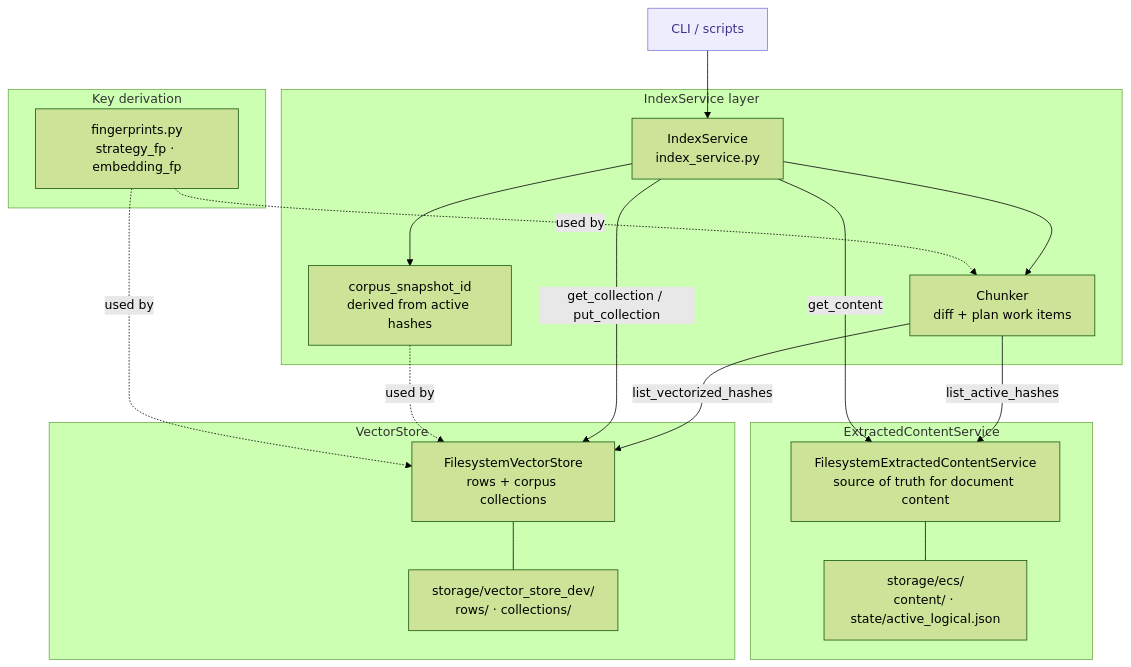
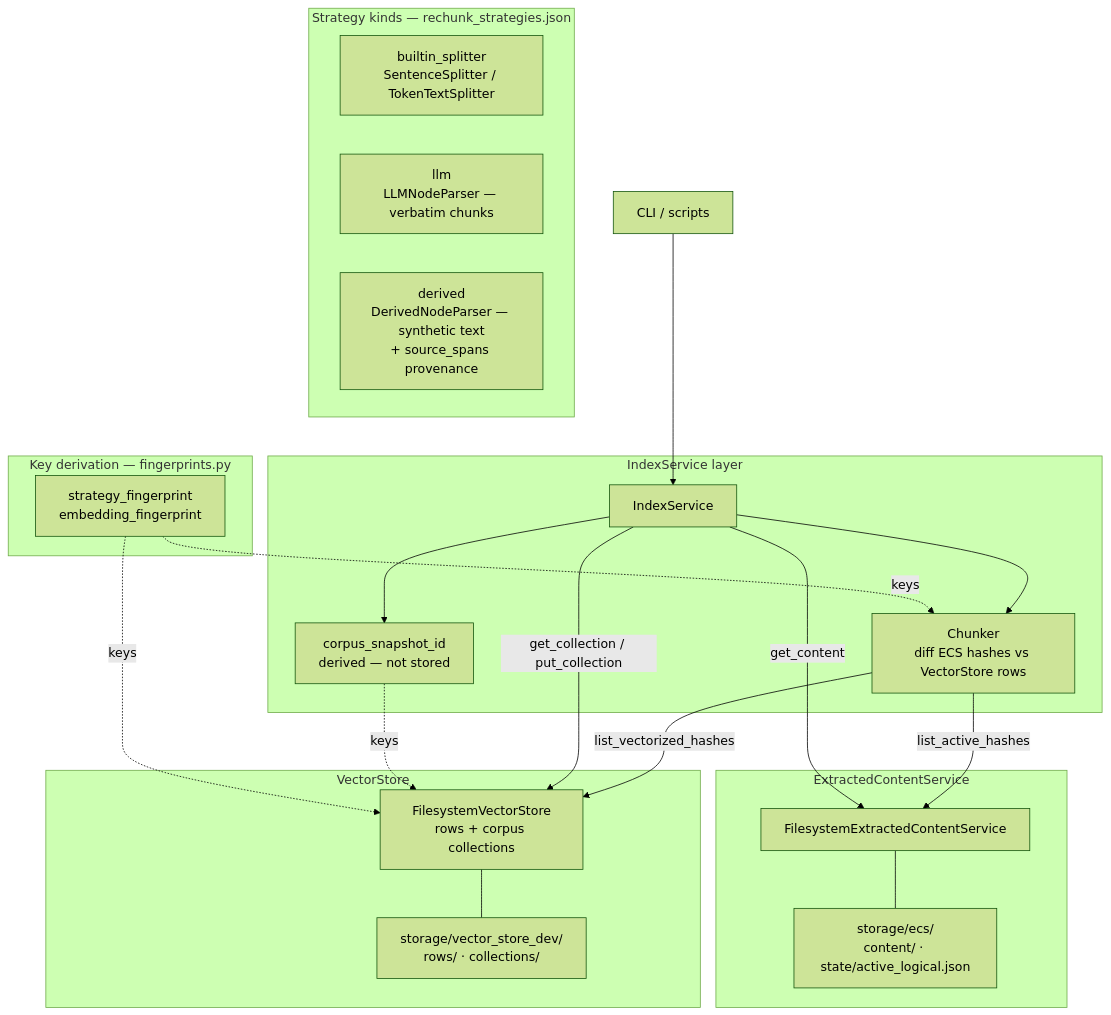
The first of 3 diagrams in README.md (chessstetson/rechunk), drawn with Mermaid (forest theme) before and after one commit. The commit also changed other lines of this file, not shown here.

````diff
--- a/README.md
+++ b/README.md
@@ -119,41 +119,43 @@
 ```mermaid
 flowchart TD
-    CLI["CLI / scripts"]:::client
+    CLI["CLI / scripts"]
 
-    subgraph svc ["IndexService layer"]
-        IS["IndexService\nindex_service.py"]
-        CH["Chunker\ndiff + plan work items"]
-        CSI["corpus_snapshot_id\nderived from active hashes"]
+    subgraph is ["IndexService layer"]
+        IS["IndexService"]
+        CH["Chunker\ndiff ECS hashes vs VectorStore rows"]
+        CSI["corpus_snapshot_id\nderived — not stored"]
     end
 
     subgraph ecs ["ExtractedContentService"]
-        ECS["FilesystemExtractedContentService\nsource of truth for document content"]
+        ECS["FilesystemExtractedContentService"]
         ECSS["storage/ecs/\ncontent/ · state/active_logical.json"]
     end
 
     subgraph vs ["VectorStore"]
         VS["FilesystemVectorStore\nrows + corpus collections"]
         VSS["storage/vector_store_dev/\nrows/ · collections/"]
     end
 
-    subgraph fp ["Key derivation"]
-        FP["fingerprints.py\nstrategy_fp · embedding_fp"]
+    subgraph strat ["Strategy kinds — rechunk_strategies.json"]
+        S1["builtin_splitter\nSentenceSplitter / TokenTextSplitter"]
+        S2["llm\nLLMNodeParser — verbatim chunks"]
+        S3["derived\nDerivedNodeParser — synthetic text\n+ source_spans provenance"]
+    end
+
+    subgraph fp ["Key derivation — fingerprints.py"]
+        FP["strategy_fingerprint\nembedding_fingerprint"]
     end
 
     CLI --> IS
     IS --> CH
     IS --> CSI
     CH -->|list_active_hashes| ECS
     CH -->|list_vectorized_hashes| VS
     IS -->|get_content| ECS
     IS -->|get_collection / put_collection| VS
-    CSI -.->|used by| VS
-    FP -.->|used by| CH
-    FP -.->|used by| VS
+    CSI -.->|keys| VS
+    FP -.->|keys| CH
+    FP -.->|keys| VS
     ECS --- ECSS
     VS --- VSS
-
-    classDef client fill:#EEEDFE,stroke:#7F77DD,color:#3C3489
-    classDef store fill:#E1F5EE,stroke:#1D9E75,color:#085041
-    classDef derived fill:#F1EFE8,stroke:#888780,color:#444441
 ```
````
